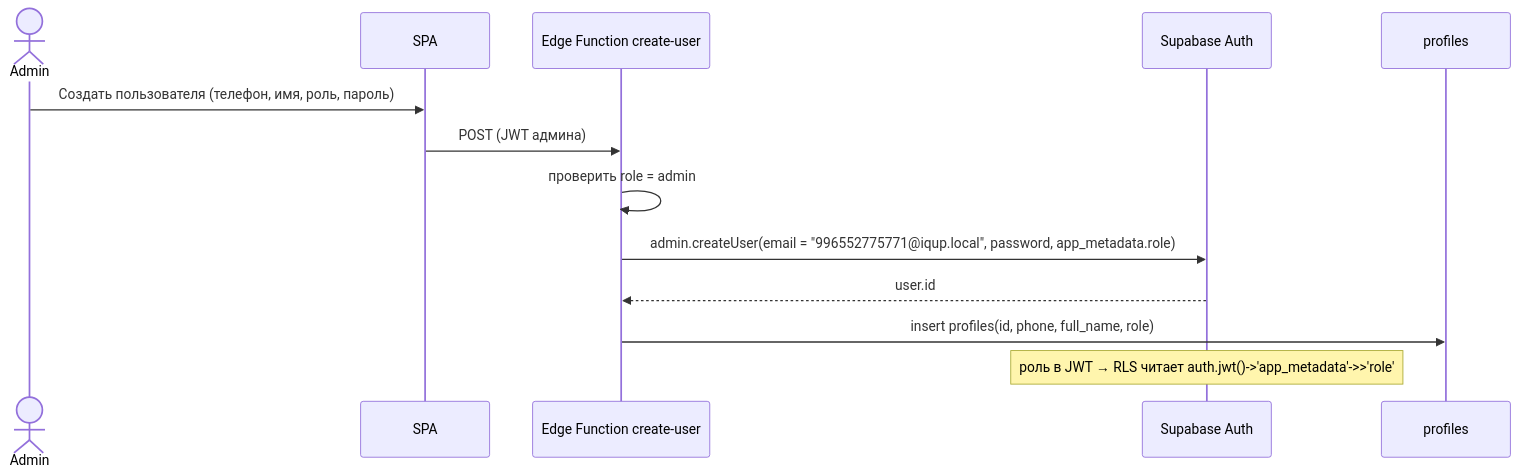
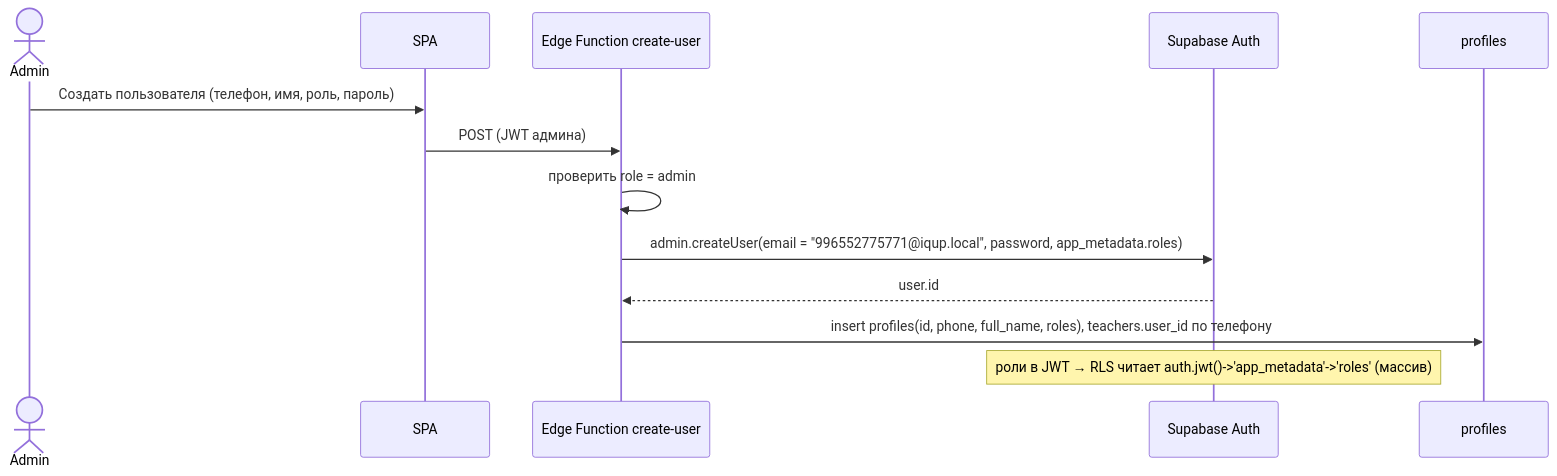
Before and after one commit to Saitama7/iqup-tracker: the second of 2 diagrams in docs/02-architecture.md, drawn with Mermaid. The commit also changed other lines of this file and 11 other files, not shown here.

````diff
--- a/docs/02-architecture.md
+++ b/docs/02-architecture.md
@@ -132,15 +132,15 @@
 ```mermaid
 sequenceDiagram
     actor Admin
     participant SPA
     participant EF as Edge Function create-user
     participant Auth as Supabase Auth
     participant DB as profiles
     Admin->>SPA: Создать пользователя (телефон, имя, роль, пароль)
     SPA->>EF: POST (JWT админа)
     EF->>EF: проверить role = admin
-    EF->>Auth: admin.createUser(email = "996552775771@iqup.local", password, app_metadata.role)
+    EF->>Auth: admin.createUser(email = "996552775771@iqup.local", password, app_metadata.roles)
     Auth-->>EF: user.id
-    EF->>DB: insert profiles(id, phone, full_name, role)
-    Note over Auth: роль в JWT → RLS читает auth.jwt()->'app_metadata'->>'role'
+    EF->>DB: insert profiles(id, phone, full_name, roles), teachers.user_id по телефону
+    Note over Auth: роли в JWT → RLS читает auth.jwt()->'app_metadata'->'roles' (массив)
 ```
````
